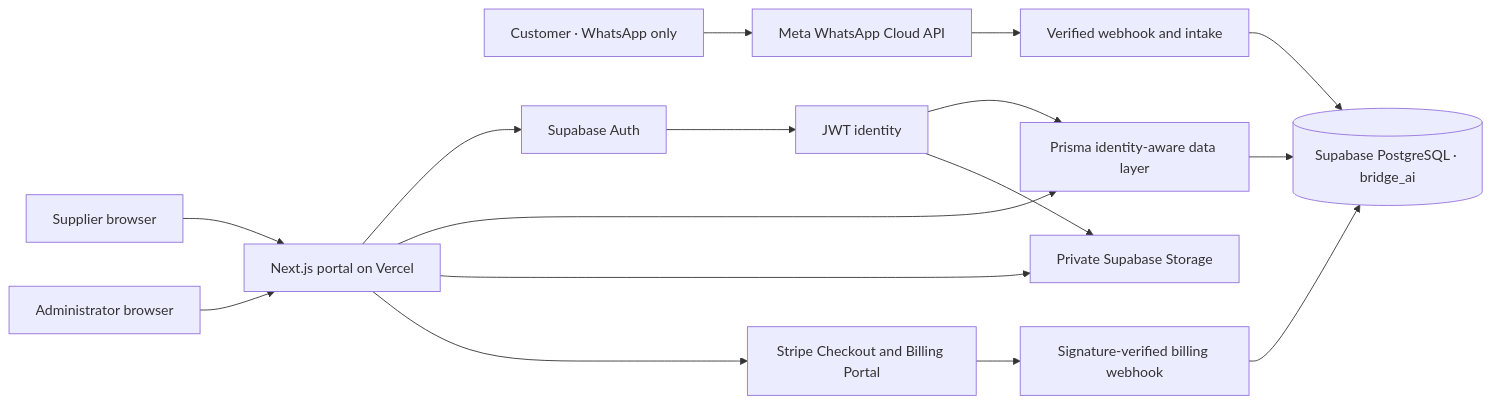
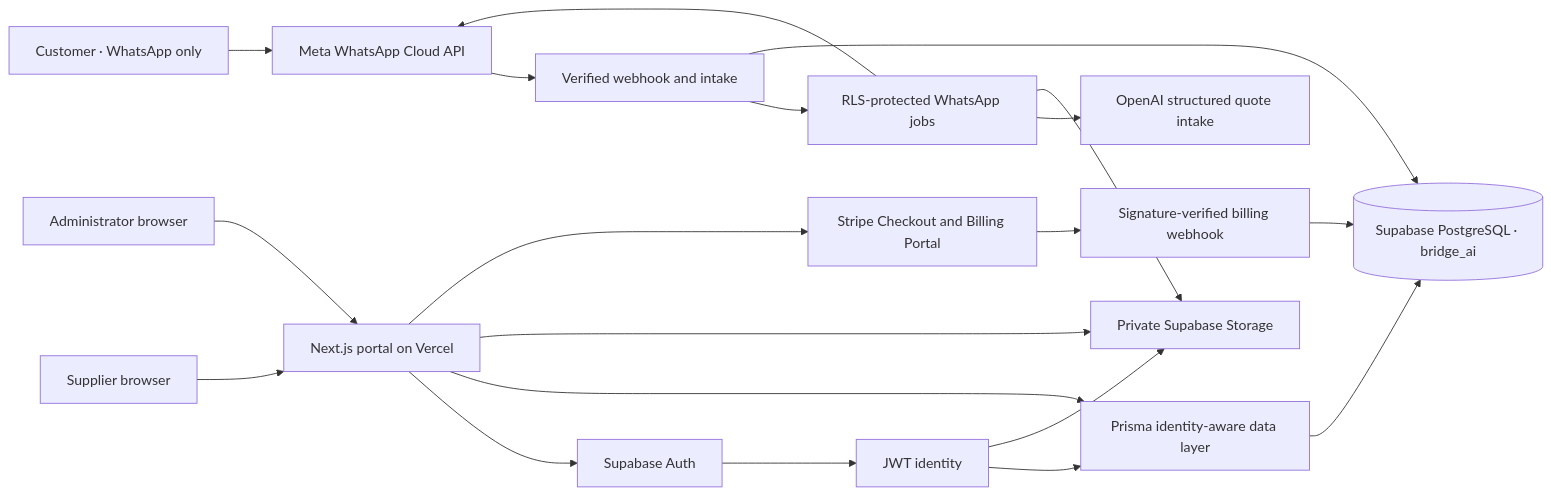
Before and after one commit to Beadyeye42/BridgeAi-: the diagram in docs/ARCHITECTURE.md, drawn with Mermaid. The commit also changed other lines of this file and 27 other files, not shown here.

Commit message:
Add WhatsApp AI concierge pipeline (#4)

````diff
--- a/docs/ARCHITECTURE.md
+++ b/docs/ARCHITECTURE.md
@@ -5,18 +5,22 @@
 ```mermaid
 flowchart LR
   Customer["Customer · WhatsApp only"] --> Meta["Meta WhatsApp Cloud API"]
   Meta --> Intake["Verified webhook and intake"]
+  Intake --> Queue["RLS-protected WhatsApp jobs"]
+  Queue --> AI["OpenAI structured quote intake"]
+  Queue --> Meta
+  Queue --> Storage["Private Supabase Storage"]
   Supplier["Supplier browser"] --> Portal["Next.js portal on Vercel"]
   Admin["Administrator browser"] --> Portal
   Portal --> Auth["Supabase Auth"]
   Portal --> DAL["Prisma identity-aware data layer"]
   DAL --> DB[("Supabase PostgreSQL · bridge_ai")]
   Intake --> DB
   Portal --> Storage["Private Supabase Storage"]
   Portal --> Stripe["Stripe Checkout and Billing Portal"]
   Stripe --> BillingHook["Signature-verified billing webhook"]
   BillingHook --> DB
   Auth --> Policies["JWT identity"]
   Policies --> DAL
   Policies --> Storage
 ```
````
